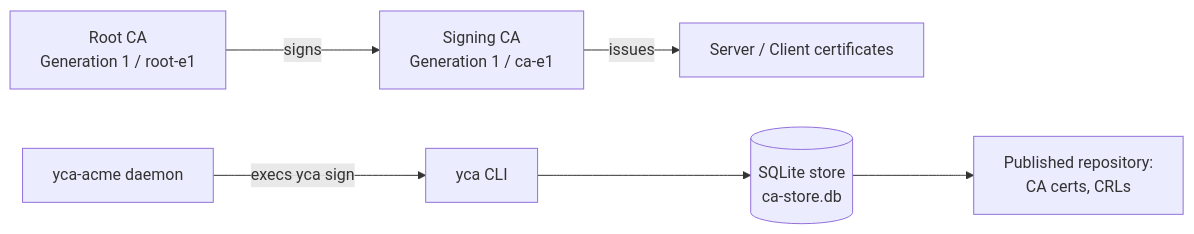
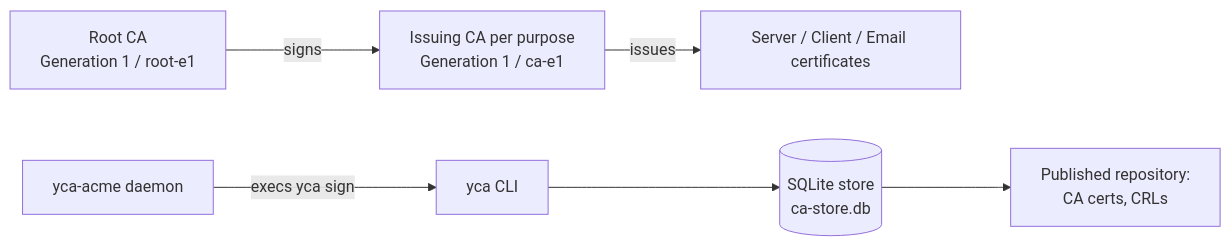
One commit to p7cq/yca changed the diagram in README.md. Above: the diagram before and after it, drawn with Mermaid. The commit also changed other lines of this file and 21 other files, not shown here.

First line of the commit message:
CA: one issuing CA per purpose

````diff
--- a/README.md
+++ b/README.md
@@ -9,8 +9,8 @@
 ```mermaid
 flowchart LR
-    R[Root CA<br/>Generation 1 / root-e1] -->|signs| S[Signing CA<br/>Generation 1 / ca-e1]
-    S -->|issues| EE[Server / Client certificates]
+    R[Root CA<br/>Generation 1 / root-e1] -->|signs| S[Issuing CA per purpose<br/>Generation 1 / ca-e1]
+    S -->|issues| EE[Server / Client / Email certificates]
     CLI[yca CLI] --> ST[(SQLite store<br/>ca-store.db)]
     ACME[yca-acme daemon] -->|execs yca sign| CLI
     ST --> PUB[Published repository:<br/>CA certs, CRLs]
 ```
````
